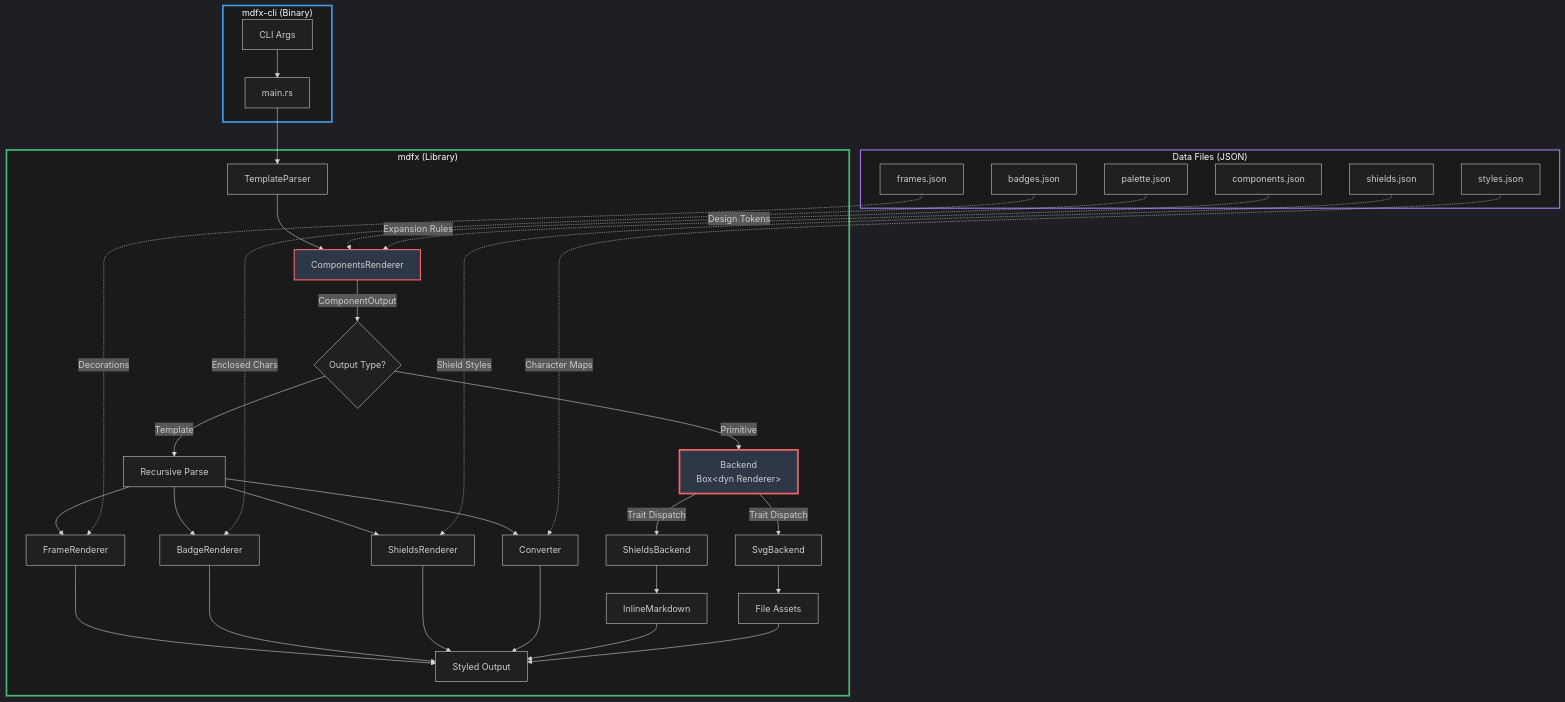
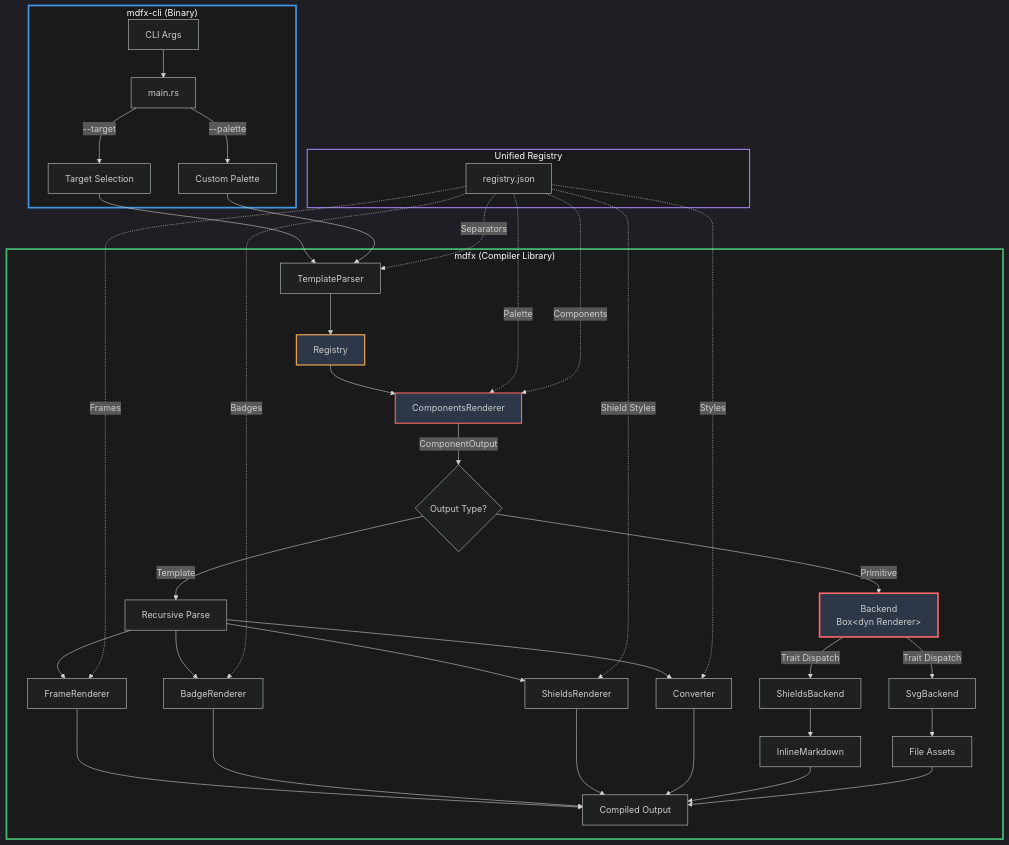
The first of 3 diagrams in docs/ARCHITECTURE.md (blackwell-systems/utf8fx), drawn with Mermaid before and after one commit. The commit also changed other lines of this file and 1 other file, not shown here.

First line of the commit message:
docs: reposition as markdown compiler with extensive updates

````diff
--- a/docs/ARCHITECTURE.md
+++ b/docs/ARCHITECTURE.md
@@ -108,57 +128,57 @@
 ```mermaid
 %%{init: {'theme':'dark'}}%%
 graph TB
     subgraph CLI["mdfx-cli (Binary)"]
         CMD[CLI Args] --> MAIN[main.rs]
+        MAIN -->|--target| TARGET[Target Selection]
+        MAIN -->|--palette| PALETTE[Custom Palette]
     end
 
-    subgraph LIB["mdfx (Library)"]
-        MAIN --> PARSER[TemplateParser]
-        PARSER --> UI[ComponentsRenderer]
+    subgraph LIB["mdfx (Compiler Library)"]
+        TARGET --> PARSER[TemplateParser]
+        PALETTE --> PARSER
+        PARSER --> REGISTRY[Registry]
+        REGISTRY --> UI[ComponentsRenderer]
 
         UI -->|ComponentOutput| DECISION{Output Type?}
 
         DECISION -->|Primitive| BACKEND[Backend<br/>Box&lt;dyn Renderer&gt;]
         DECISION -->|Template| RECURSE[Recursive Parse]
 
         BACKEND -->|Trait Dispatch| SHIELDS[ShieldsBackend]
         BACKEND -->|Trait Dispatch| SVG[SvgBackend]
 
         SHIELDS --> INLINE[InlineMarkdown]
         SVG --> FILES[File Assets]
 
         RECURSE --> FRAME[FrameRenderer]
         RECURSE --> BADGE[BadgeRenderer]
         RECURSE --> SHIELD[ShieldsRenderer]
         RECURSE --> CONV[Converter]
 
-        FRAME --> OUTPUT[Styled Output]
+        FRAME --> OUTPUT[Compiled Output]
         BADGE --> OUTPUT
         SHIELD --> OUTPUT
         CONV --> OUTPUT
         INLINE --> OUTPUT
         FILES --> OUTPUT
     end
 
-    subgraph DATA["Data Files (JSON)"]
-        P[palette.json]
-        COM[components.json]
-        SH[shields.json]
-        FR[frames.json]
-        BA[badges.json]
-        ST[styles.json]
+    subgraph DATA["Unified Registry"]
+        REG[registry.json]
+        REG -.->|Palette| UI
+        REG -.->|Components| UI
+        REG -.->|Styles| CONV
+        REG -.->|Frames| FRAME
+        REG -.->|Badges| BADGE
+        REG -.->|Separators| PARSER
+        REG -.->|Shield Styles| SHIELD
     end
-
-    P -.->|Design Tokens| UI
-    COM -.->|Expansion Rules| UI
-    SH -.->|Shield Styles| SHIELD
-    FR -.->|Decorations| FRAME
-    BA -.->|Enclosed Chars| BADGE
-    ST -.->|Character Maps| CONV
 
     style CLI fill:#1a1a1a,stroke:#4299e1,stroke-width:3px
     style LIB fill:#1a1a1a,stroke:#48bb78,stroke-width:3px
     style DATA fill:#1a1a1a,stroke:#9f7aea,stroke-width:2px
     style BACKEND fill:#2d3748,stroke:#f56565,stroke-width:3px
     style UI fill:#2d3748,stroke:#f56565,stroke-width:2px
+    style REGISTRY fill:#2d3748,stroke:#f6ad55,stroke-width:2px
 ```
````
